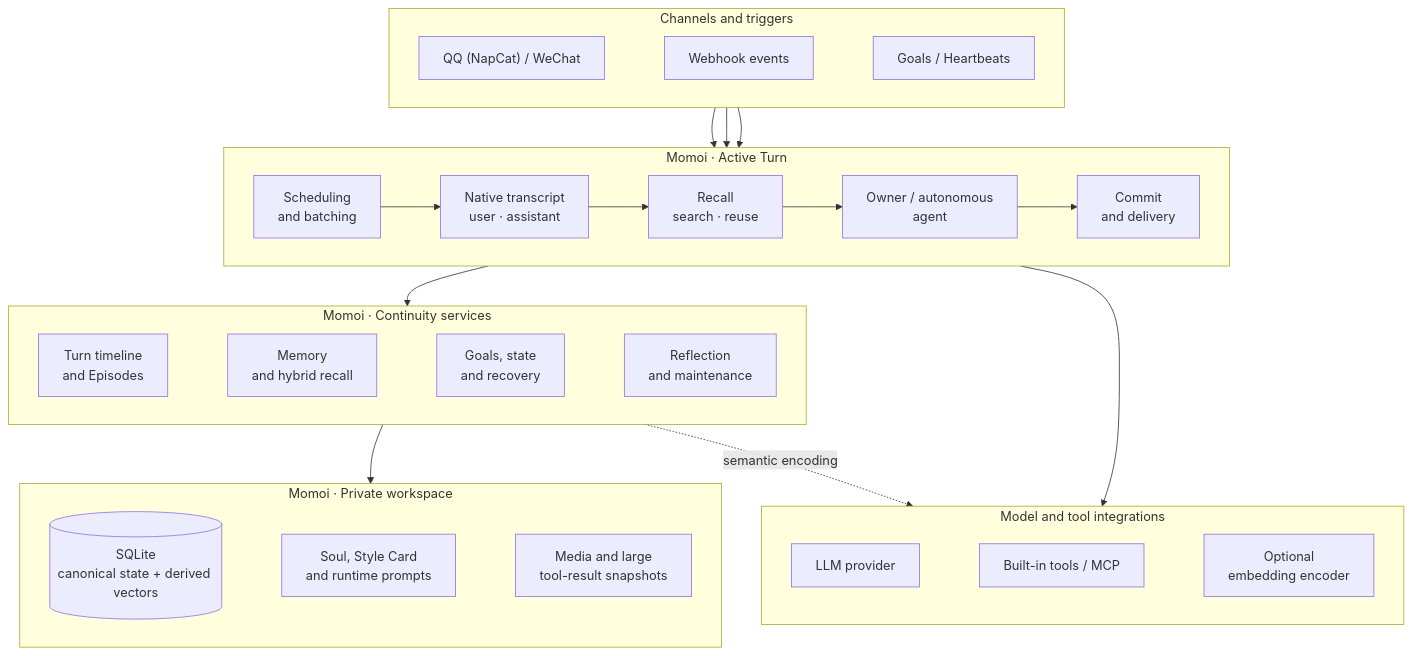
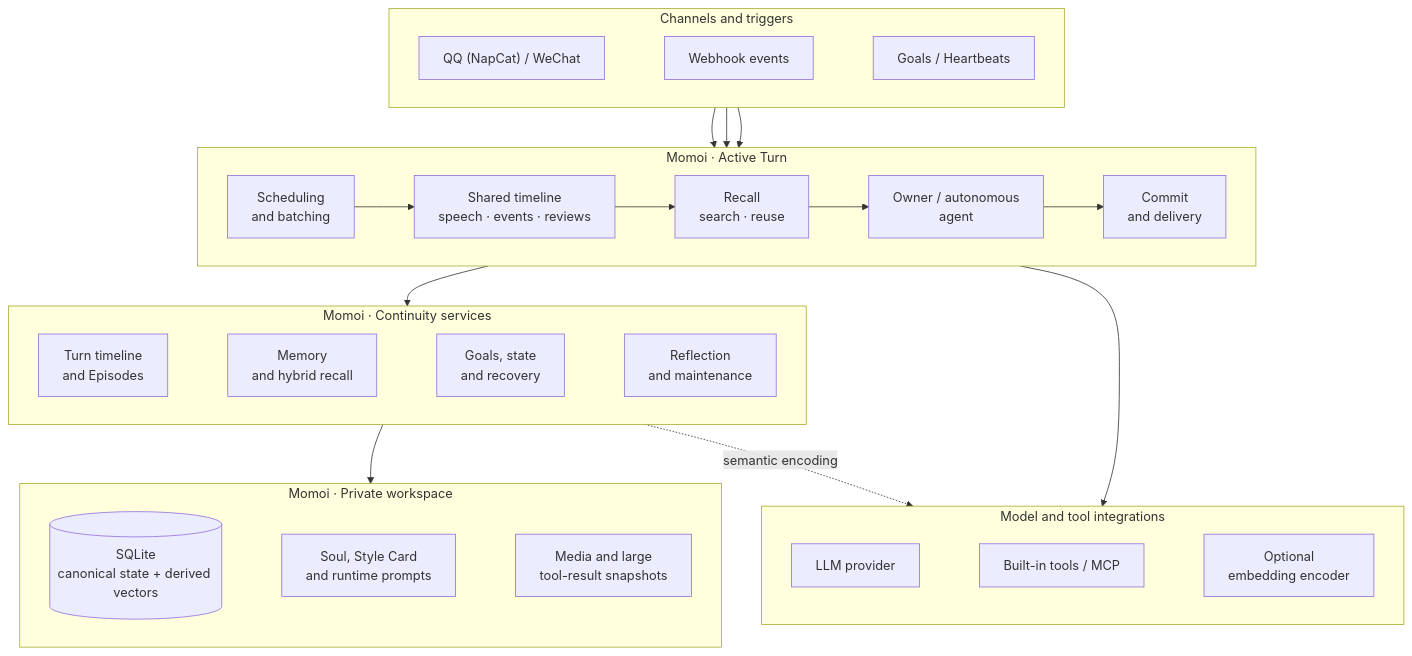
Before and after one commit to RicterZ/Momoi: the first of 2 diagrams in README.md, drawn with Mermaid. The commit also changed other lines of this file and 17 other files, not shown here.

Commit message:
Remove obsolete context bookkeeping and document shared timeline

````diff
--- a/README.md
+++ b/README.md
@@ -48,53 +48,53 @@
 ```mermaid
 flowchart TB
   subgraph triggers["Channels and triggers"]
     direction LR
     chat["QQ (NapCat) / WeChat"]
     webhook["Webhook events"]
     clock["Goals / Heartbeats"]
     chat ~~~ webhook ~~~ clock
   end
 
   subgraph active["Momoi · Active Turn"]
     direction LR
     intake["Scheduling<br/>and batching"]
-    transcript["Native transcript<br/>user · assistant"]
+    transcript["Shared timeline<br/>speech · events · reviews"]
     context["Recall<br/>search · reuse"]
     agent["Owner / autonomous<br/>agent"]
     delivery["Commit<br/>and delivery"]
     intake --> transcript --> context --> agent --> delivery
   end
 
   subgraph continuity["Momoi · Continuity services"]
     direction LR
     timeline["Turn timeline<br/>and Episodes"]
     memory["Memory<br/>and hybrid recall"]
     time["Goals, state<br/>and recovery"]
     upkeep["Reflection<br/>and maintenance"]
     timeline ~~~ memory ~~~ time ~~~ upkeep
   end
 
   subgraph workspace["Momoi · Private workspace"]
     direction LR
     sqlite[("SQLite<br/>canonical state + derived vectors")]
     prompts["Soul, Style Card<br/>and runtime prompts"]
     files["Media and large<br/>tool-result snapshots"]
     sqlite ~~~ prompts ~~~ files
   end
 
   subgraph external["Model and tool integrations"]
     direction LR
     llm["LLM provider"]
     tools["Built-in tools / MCP"]
     embedding["Optional<br/>embedding encoder"]
     llm ~~~ tools ~~~ embedding
   end
 
   chat --> intake
   webhook --> intake
   clock --> intake
   active --> continuity
   continuity --> workspace
   active --> external
   continuity -. "semantic encoding" .-> external
 ```
````
